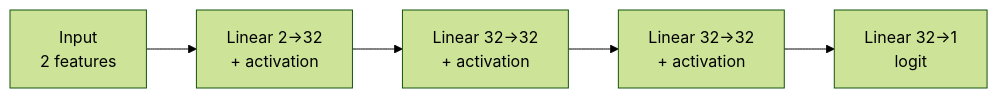
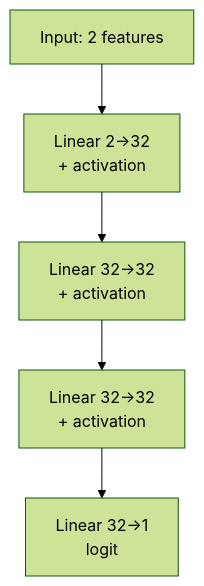
Before and after one commit to kopolart/activation-functions-benchmark: the diagram in README.md, drawn with Mermaid (forest theme).

Commit message:
Make architecture diagram mobile-friendly

```diff
--- a/README.md
+++ b/README.md
@@ -77,7 +77,7 @@
 ~~~mermaid
-flowchart LR
-    A["Input<br/>2 features"] --> B["Linear 2→32<br/>+ activation"]
+flowchart TB
+    A["Input: 2 features"] --> B["Linear 2→32<br/>+ activation"]
     B --> C["Linear 32→32<br/>+ activation"]
     C --> D["Linear 32→32<br/>+ activation"]
     D --> E["Linear 32→1<br/>logit"]
 ~~~
```
